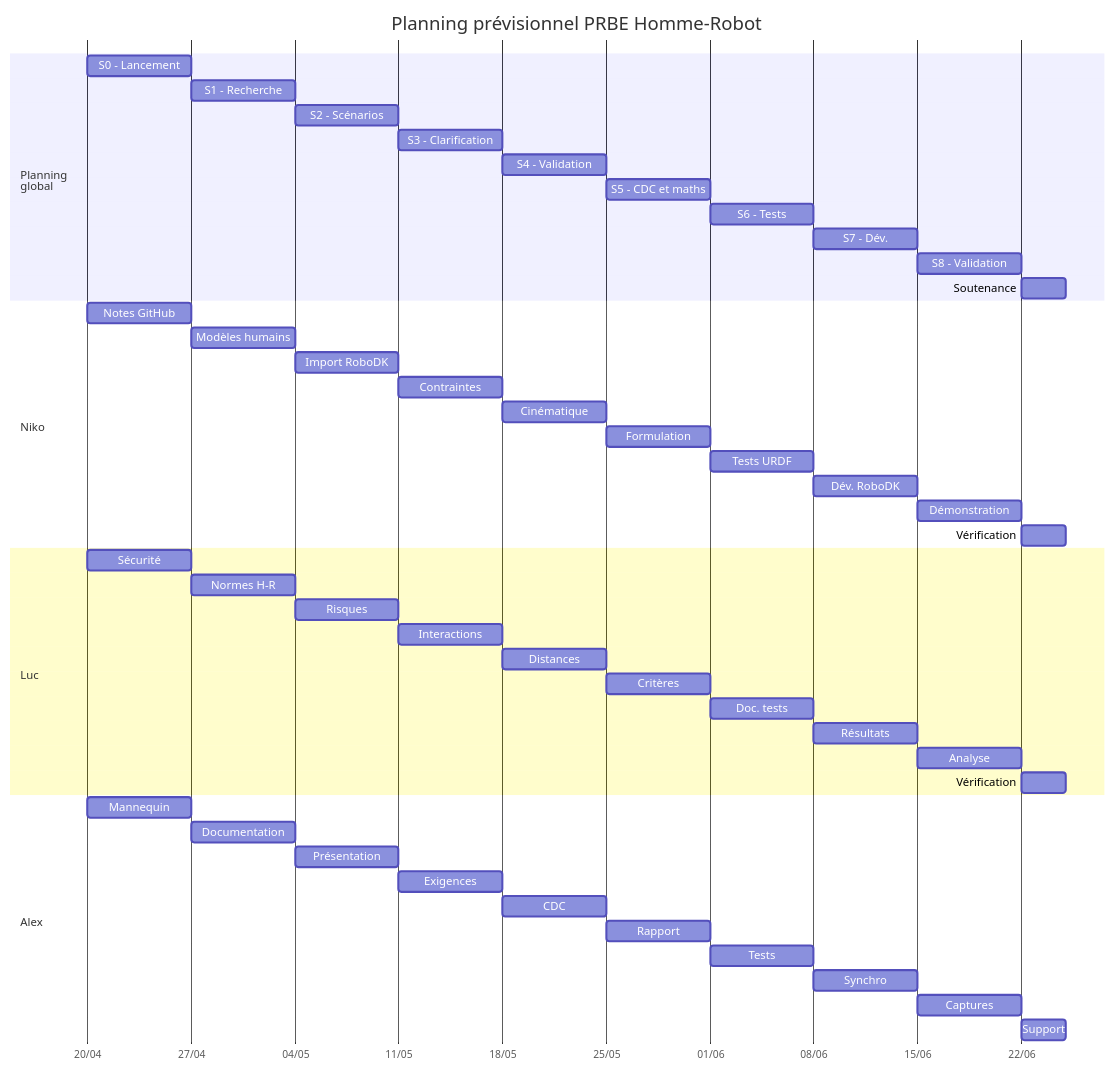
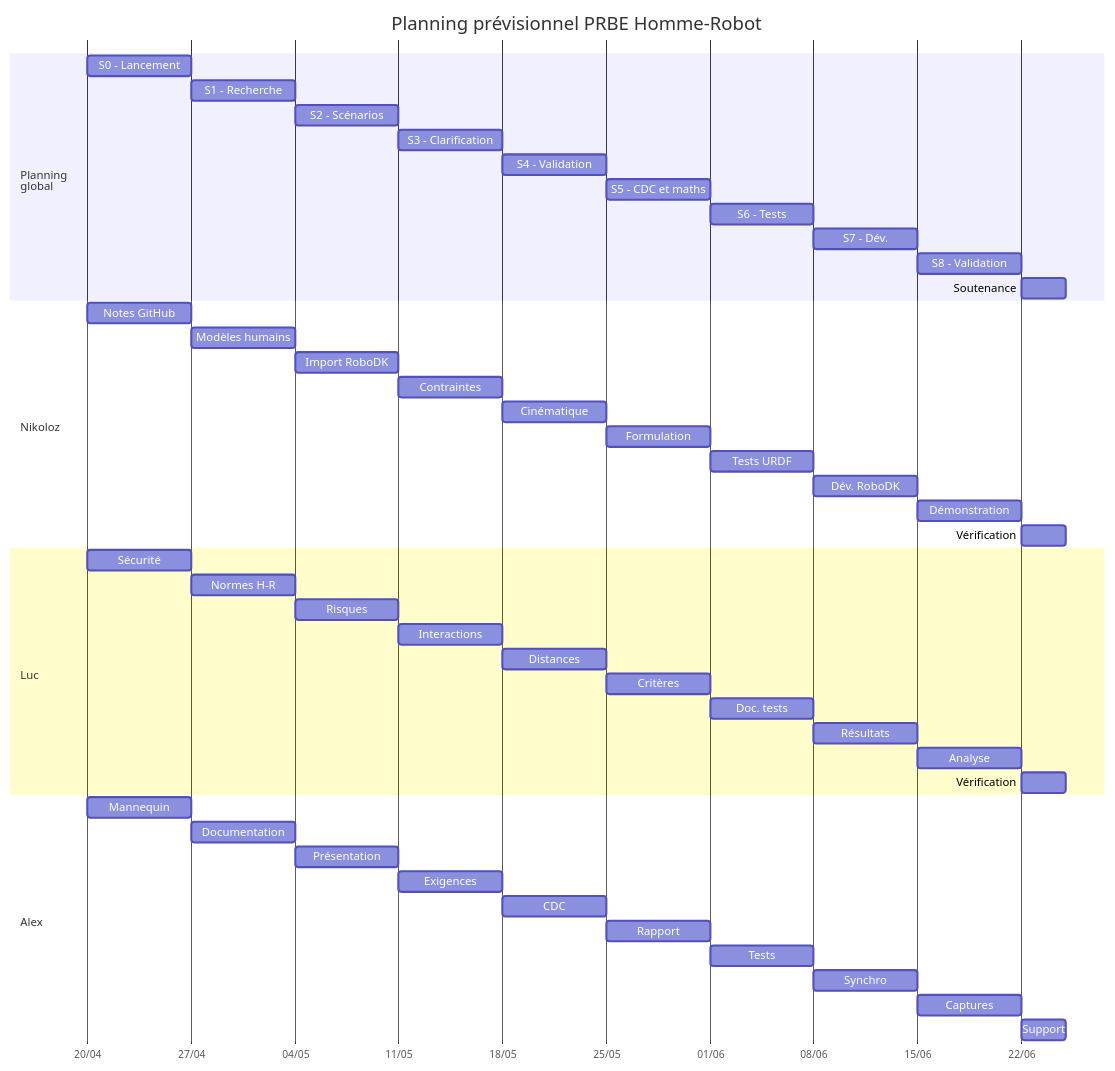
Before and after one commit to ProjectInitNiko/PRBE-Homme-Robot: the diagram in docs/cahier-des-charges.md, drawn with Mermaid. The commit also changed other lines of this file, not shown here.

````diff
--- a/docs/cahier-des-charges.md
+++ b/docs/cahier-des-charges.md
@@ -272,57 +272,57 @@
 ```mermaid
 gantt
     title Planning prévisionnel PRBE Homme-Robot
     dateFormat  YYYY-MM-DD
     axisFormat  %d/%m
     todayMarker off
     tickInterval 1week
     weekday monday
 
     section Planning<br/>global
     S0 - Lancement                  :s0, 2026-04-20, 7d
     S1 - Recherche                  :s1, 2026-04-27, 7d
     S2 - Scénarios                  :s2, 2026-05-04, 7d
     S3 - Clarification              :s3, 2026-05-11, 7d
     S4 - Validation                 :s4, 2026-05-18, 7d
     S5 - CDC et maths               :s5, 2026-05-25, 7d
     S6 - Tests                      :s6, 2026-06-01, 7d
     S7 - Dév.                       :s7, 2026-06-08, 7d
     S8 - Validation                 :s8, 2026-06-15, 7d
     Soutenance                      :final, 2026-06-22, 3d
 
-    section Niko
+    section Nikoloz
     Notes GitHub                    :n0, 2026-04-20, 7d
     Modèles humains                 :n1, 2026-04-27, 7d
     Import RoboDK                   :n2, 2026-05-04, 7d
     Contraintes                     :n3, 2026-05-11, 7d
     Cinématique                     :n4, 2026-05-18, 7d
     Formulation                     :n5, 2026-05-25, 7d
     Tests URDF                      :n6, 2026-06-01, 7d
     Dév. RoboDK                     :n7, 2026-06-08, 7d
     Démonstration                   :n8, 2026-06-15, 7d
     Vérification                    :n9, 2026-06-22, 3d
 
     section Luc
     Sécurité                        :l0, 2026-04-20, 7d
     Normes H-R                      :l1, 2026-04-27, 7d
     Risques                         :l2, 2026-05-04, 7d
     Interactions                    :l3, 2026-05-11, 7d
     Distances                       :l4, 2026-05-18, 7d
     Critères                        :l5, 2026-05-25, 7d
     Doc. tests                      :l6, 2026-06-01, 7d
     Résultats                       :l7, 2026-06-08, 7d
     Analyse                         :l8, 2026-06-15, 7d
     Vérification                    :l9, 2026-06-22, 3d
 
     section Alex
     Mannequin                       :a0, 2026-04-20, 7d
     Documentation                   :a1, 2026-04-27, 7d
     Présentation                    :a2, 2026-05-04, 7d
     Exigences                       :a3, 2026-05-11, 7d
     CDC                             :a4, 2026-05-18, 7d
     Rapport                         :a5, 2026-05-25, 7d
     Tests                           :a6, 2026-06-01, 7d
     Synchro                         :a7, 2026-06-08, 7d
     Captures                        :a8, 2026-06-15, 7d
     Support                         :a9, 2026-06-22, 3d
 ```
````
